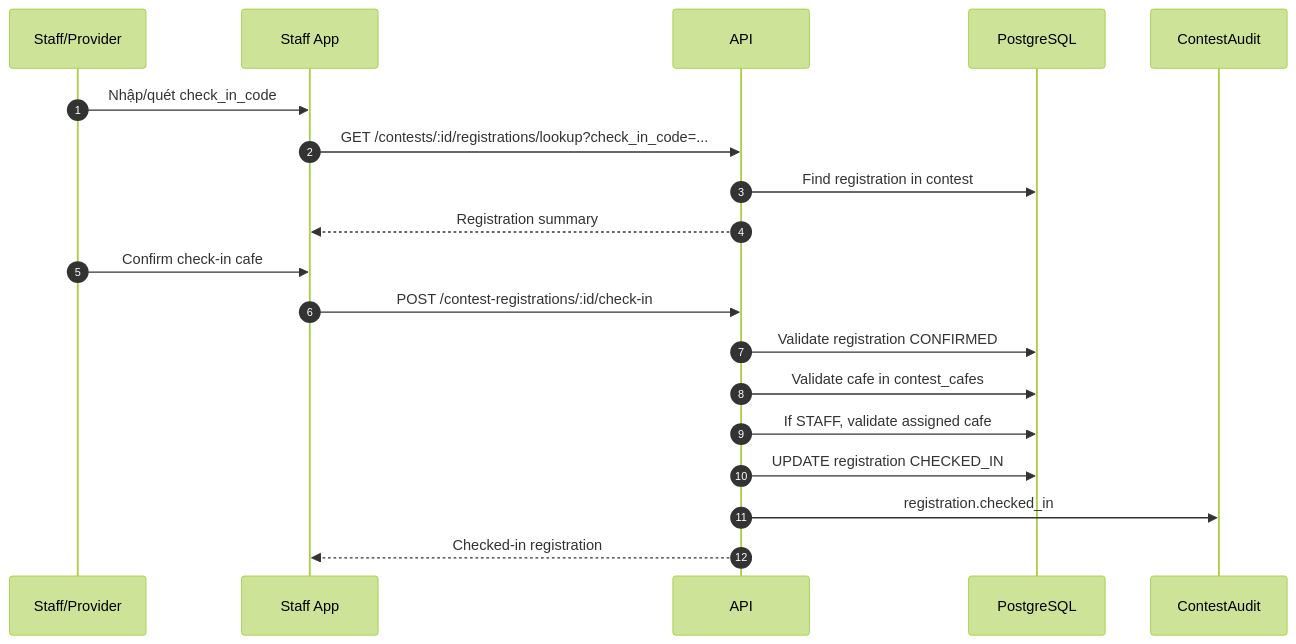
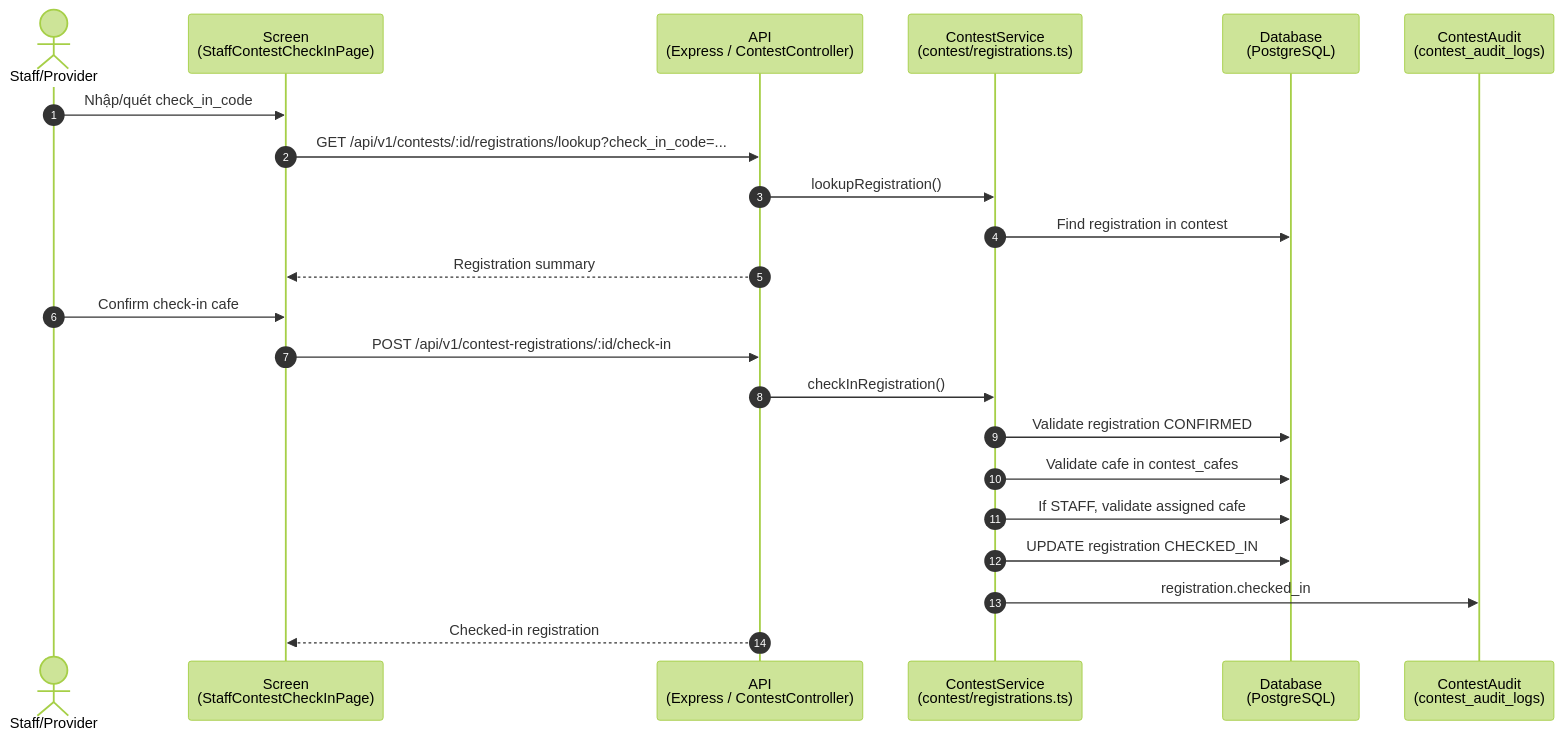
The fifth of 11 diagrams in docs/diagrams/sequence/sequence-flow-contest-lifecycle.md (RCField-SEP490/rcfield-spec), drawn with Mermaid (forest theme) before and after one commit. The commit also changed other lines of this file and 15 other files, not shown here.

First line of the commit message:
Add sequence flow diagrams for provider, staff, and supporting operations

````diff
--- a/docs/diagrams/sequence/sequence-flow-contest-lifecycle.md
+++ b/docs/diagrams/sequence/sequence-flow-contest-lifecycle.md
@@ -131,22 +131,25 @@
 ```mermaid
 sequenceDiagram
     autonumber
-    participant S as Staff/Provider
-    participant W as Staff App
-    participant API as API
-    participant DB as PostgreSQL
-    participant Audit as ContestAudit
+    actor S as Staff/Provider
+    participant W as Screen<br/>(StaffContestCheckInPage)
+    participant API as API<br/>(Express / ContestController)
+    participant CS as ContestService<br/>(contest/registrations.ts)
+    participant DB as Database<br/>(PostgreSQL)
+    participant Audit as ContestAudit<br/>(contest_audit_logs)
 
     S->>W: Nhập/quét check_in_code
-    W->>API: GET /contests/:id/registrations/lookup?check_in_code=...
-    API->>DB: Find registration in contest
+    W->>API: GET /api/v1/contests/:id/registrations/lookup?check_in_code=...
+    API->>CS: lookupRegistration()
+    CS->>DB: Find registration in contest
     API-->>W: Registration summary
     S->>W: Confirm check-in cafe
-    W->>API: POST /contest-registrations/:id/check-in
-    API->>DB: Validate registration CONFIRMED
-    API->>DB: Validate cafe in contest_cafes
-    API->>DB: If STAFF, validate assigned cafe
-    API->>DB: UPDATE registration CHECKED_IN
-    API->>Audit: registration.checked_in
+    W->>API: POST /api/v1/contest-registrations/:id/check-in
+    API->>CS: checkInRegistration()
+    CS->>DB: Validate registration CONFIRMED
+    CS->>DB: Validate cafe in contest_cafes
+    CS->>DB: If STAFF, validate assigned cafe
+    CS->>DB: UPDATE registration CHECKED_IN
+    CS->>Audit: registration.checked_in
     API-->>W: Checked-in registration
 ```
````
